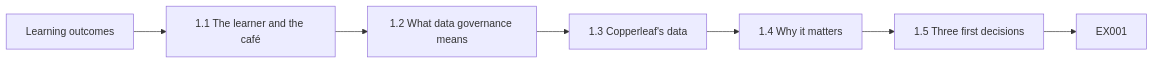
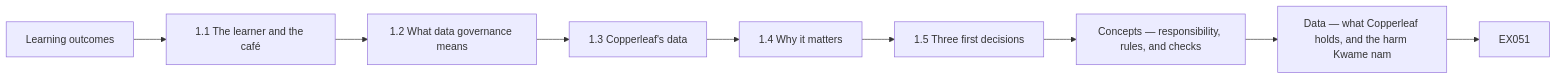
One commit to hiagokinlevi/CyKin changed the second of 12 diagrams in levels/rapid-1-month/data-governance/en/book/MANUSCRIPT.md. Above: the diagram before and after it, drawn with Mermaid. The commit also changed other lines of this file and 1 other file, not shown here.

First line of the commit message:
Deepen the rapid data-governance lessons in English and Portuguese.

````diff
--- a/levels/rapid-1-month/data-governance/en/book/MANUSCRIPT.md
+++ b/levels/rapid-1-month/data-governance/en/book/MANUSCRIPT.md
@@ -60,10 +62,12 @@
 ```mermaid
 flowchart LR
   N0["Learning outcomes"]
   N1["1.1 The learner and the café"]
   N2["1.2 What data governance means"]
   N3["1.3 Copperleaf's data"]
   N4["1.4 Why it matters"]
   N5["1.5 Three first decisions"]
-  N0 --> N1 --> N2 --> N3 --> N4 --> N5 --> Q["EX001"]
+  N6["Concepts — responsibility, rules, and checks"]
+  N7["Data — what Copperleaf holds, and the harm Kwame nam"]
+  N0 --> N1 --> N2 --> N3 --> N4 --> N5 --> N6 --> N7 --> Q["EX051"]
 ```
````
